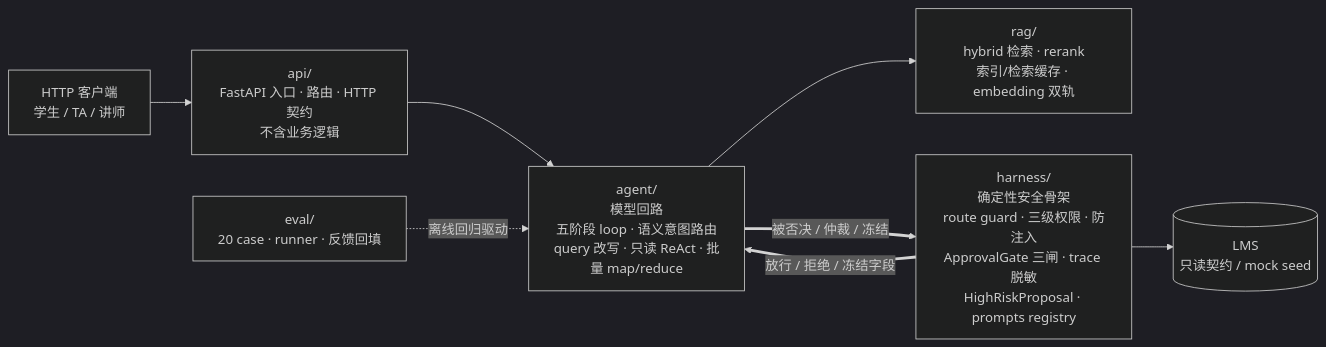
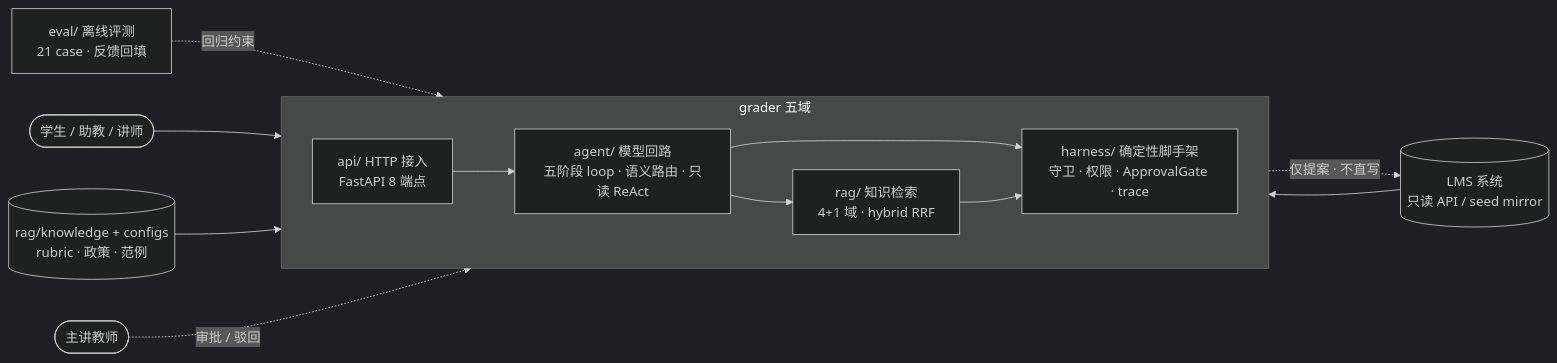
The diagram in README.md (erictrainnlpinxihu/Grader-agent), drawn with Mermaid (dark theme) before and after one commit. The commit also changed other lines of this file and 33 other files, not shown here.

````diff
--- a/README.md
+++ b/README.md
@@ -74,10 +43,16 @@
 ```mermaid
 flowchart LR
-    Client[HTTP 客户端<br/>学生 / TA / 讲师] --> API[api/<br/>FastAPI 入口 · 路由 · HTTP 契约<br/>不含业务逻辑]
-    API --> AGENT[agent/<br/>模型回路<br/>五阶段 loop · 语义意图路由<br/>query 改写 · 只读 ReAct · 批量 map/reduce]
-    AGENT --> RAG[rag/<br/>hybrid 检索 · rerank<br/>索引/检索缓存 · embedding 双轨]
-    AGENT ==>|"被否决 / 仲裁 / 冻结"| HARNESS[harness/<br/>确定性安全骨架<br/>route guard · 三级权限 · 防注入<br/>ApprovalGate 三闸 · trace 脱敏<br/>HighRiskProposal · prompts registry]
-    HARNESS ==>|"放行 / 拒绝 / 冻结字段"| AGENT
-    HARNESS --> LMS[(LMS<br/>只读契约 / mock seed)]
-    EVAL[eval/<br/>20 case · runner · 反馈回填] -.离线回归驱动.-> AGENT
+    subgraph DOMAINS["grader 五域"]
+      direction LR
+      API["api/ HTTP 接入<br/>FastAPI 8 端点"] --> AGENT["agent/ 模型回路<br/>五阶段 loop · 语义路由 · 只读 ReAct"]
+      AGENT --> RAG["rag/ 知识检索<br/>4+1 域 · hybrid RRF"]
+      AGENT --> HARNESS["harness/ 确定性脚手架<br/>守卫 · 权限 · ApprovalGate · trace"]
+      RAG --> HARNESS
+    end
+    EVAL["eval/ 离线评测<br/>21 case · 反馈回填"] -.->|回归约束| AGENT
+    U(["学生 / 助教 / 讲师"]) --> API
+    KB[("rag/knowledge + configs<br/>rubric · 政策 · 范例")] --> RAG
+    LMS[("LMS 系统<br/>只读 API / seed mirror")] --> HARNESS
+    INS(["主讲教师"]) -. 审批 / 驳回 .-> HARNESS
+    HARNESS -. 仅提案 · 不直写 .-> LMS
 ```
````
